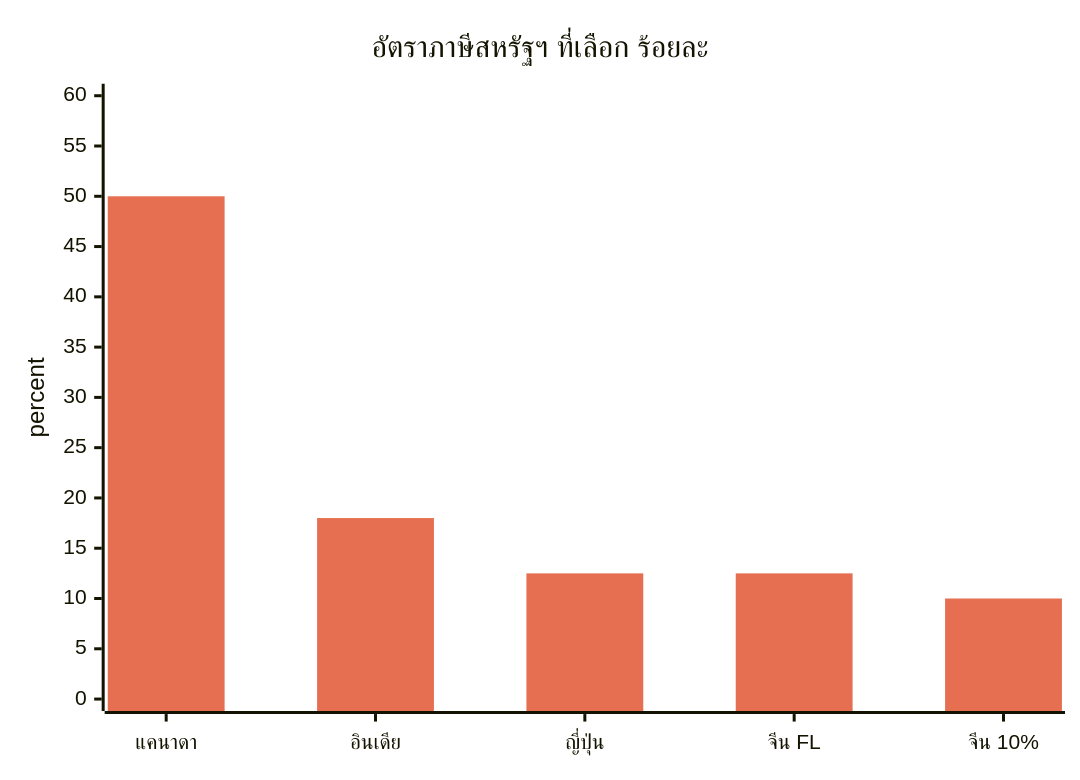
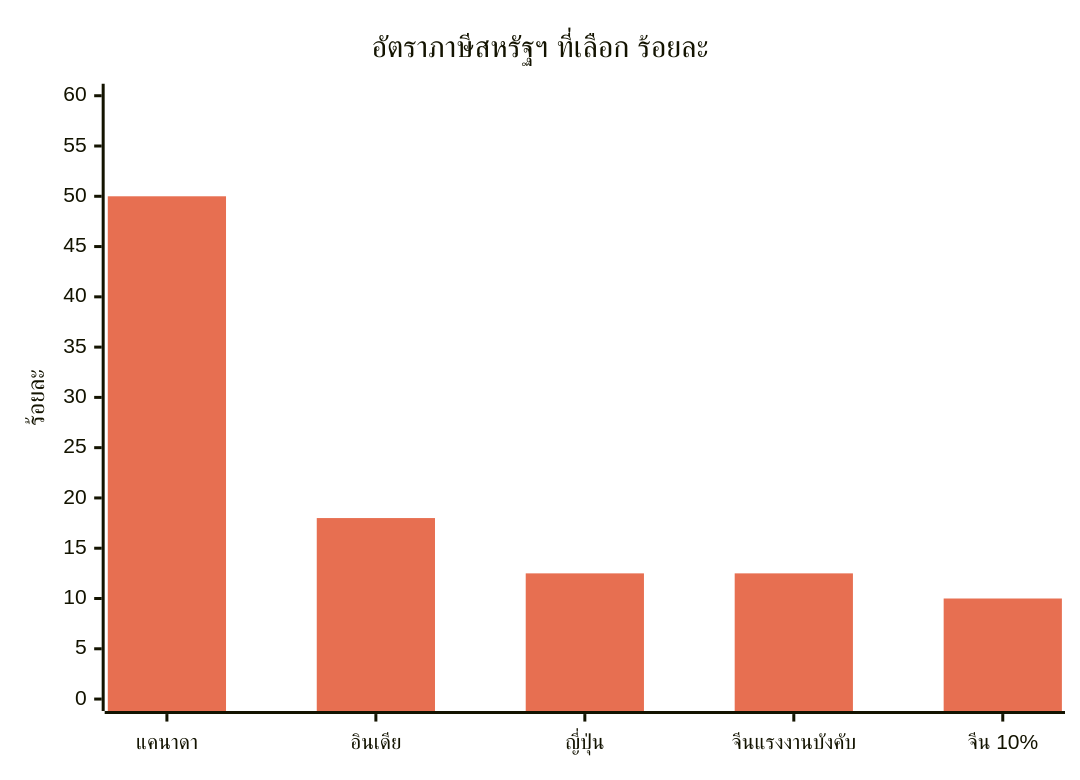
Before and after one commit to dureach/research: the first of 9 diagrams in Global-Trade-Intelligence-weekly-2026-11-09/index.th.md, drawn with Mermaid. The commit also changed other lines of this file and 5 other files, not shown here.

````diff
--- a/Global-Trade-Intelligence-weekly-2026-11-09/index.th.md
+++ b/Global-Trade-Intelligence-weekly-2026-11-09/index.th.md
@@ -211,8 +211,8 @@
 ```mermaid
 %%{init: {'theme': 'base', 'themeVariables': {'xyChart': {'plotColorPalette': '#e76f51'}}}}%%
 xychart-beta
     title "อัตราภาษีสหรัฐฯ ที่เลือก ร้อยละ"
-    x-axis ["แคนาดา", "อินเดีย", "ญี่ปุ่น", "จีน FL", "จีน 10%"]
-    y-axis "percent" 0 --> 60
+    x-axis ["แคนาดา", "อินเดีย", "ญี่ปุ่น", "จีนแรงงานบังคับ", "จีน 10%"]
+    y-axis "ร้อยละ" 0 --> 60
     bar [50, 18, 12.5, 12.5, 10]
 ```
````
